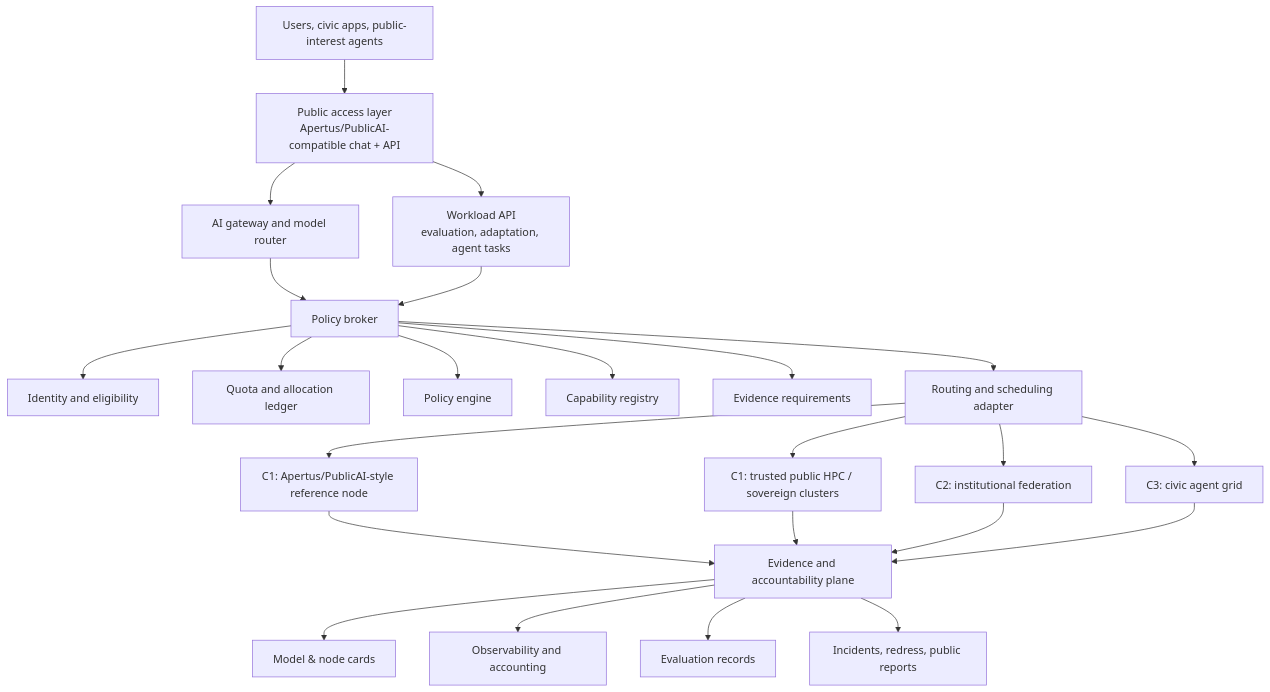
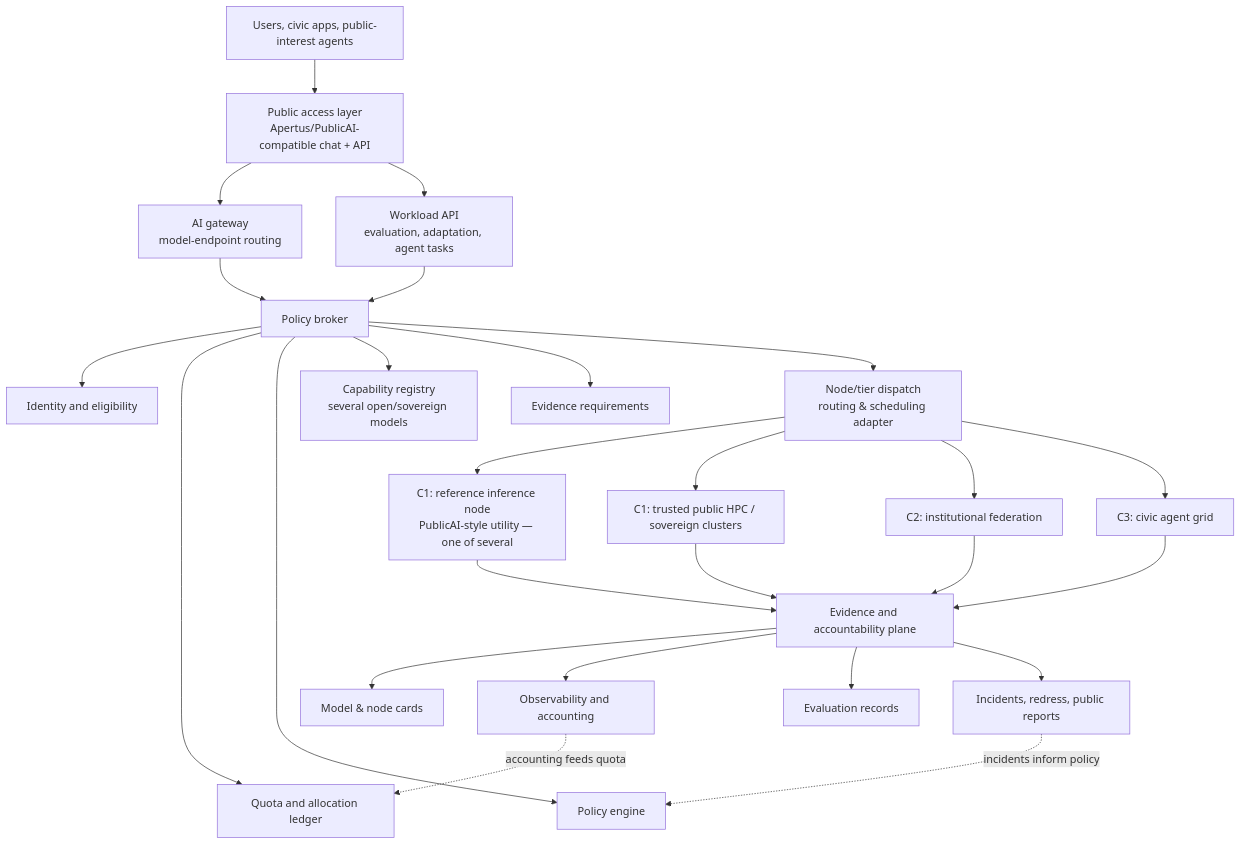
One commit to robertschaub/our-ai-charter changed the second of 2 diagrams in docs/Public AI Network/Strategy/federated-public-compute-architecture.md. Above: the diagram before and after it, drawn with Mermaid. The commit also changed other lines of this file and 1 other file, not shown here.

First line of the commit message:
docs(compute): model-plural/neutral network, Apertus-anchored Swiss pilot

````diff
--- a/docs/Public AI Network/Strategy/federated-public-compute-architecture.md
+++ b/docs/Public AI Network/Strategy/federated-public-compute-architecture.md
@@ -108,26 +109,28 @@
 ```mermaid
 flowchart TB
   U["Users, civic apps, public-interest agents"] --> A["Public access layer<br/>Apertus/PublicAI-compatible chat + API"]
-  A --> G["AI gateway and model router"]
+  A --> G["AI gateway<br/>model-endpoint routing"]
   A --> W["Workload API<br/>evaluation, adaptation, agent tasks"]
   G --> B["Policy broker"]
   W --> B
   B --> I["Identity and eligibility"]
   B --> Q["Quota and allocation ledger"]
   B --> P["Policy engine"]
-  B --> C["Capability registry"]
+  B --> C["Capability registry<br/>several open/sovereign models"]
   B --> Z["Evidence requirements"]
-  B --> R["Routing and scheduling adapter"]
-  R --> N0["C1: Apertus/PublicAI-style reference node"]
+  B --> R["Node/tier dispatch<br/>routing & scheduling adapter"]
+  R --> N0["C1: reference inference node<br/>PublicAI-style utility — one of several"]
   R --> N1["C1: trusted public HPC / sovereign clusters"]
   R --> N2["C2: institutional federation"]
   R --> N3["C3: civic agent grid"]
   N0 --> E["Evidence and accountability plane"]
-  N1 --> E["Evidence and accountability plane"]
+  N1 --> E
   N2 --> E
   N3 --> E
   E --> M["Model & node cards"]
   E --> O["Observability and accounting"]
   E --> V["Evaluation records"]
   E --> X["Incidents, redress, public reports"]
+  O -.->|accounting feeds quota| Q
+  X -.->|incidents inform policy| P
 ```
````
